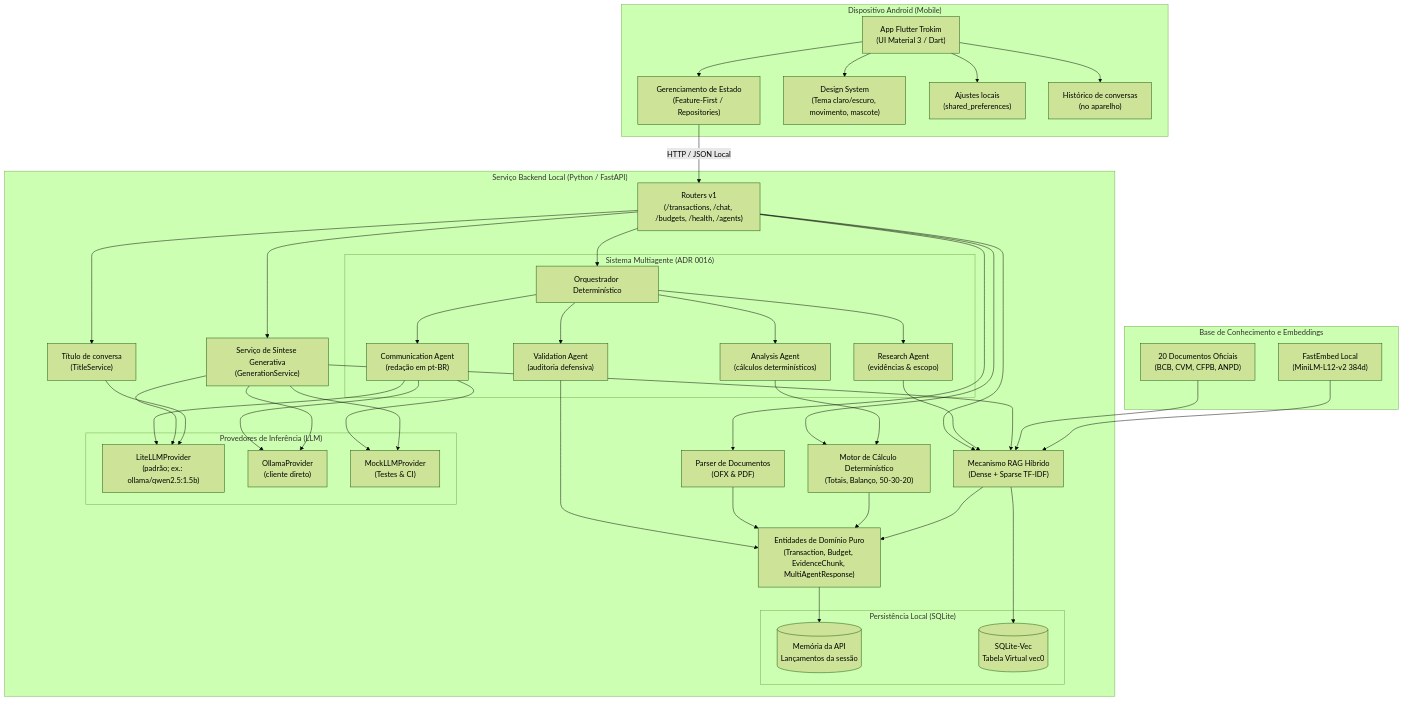
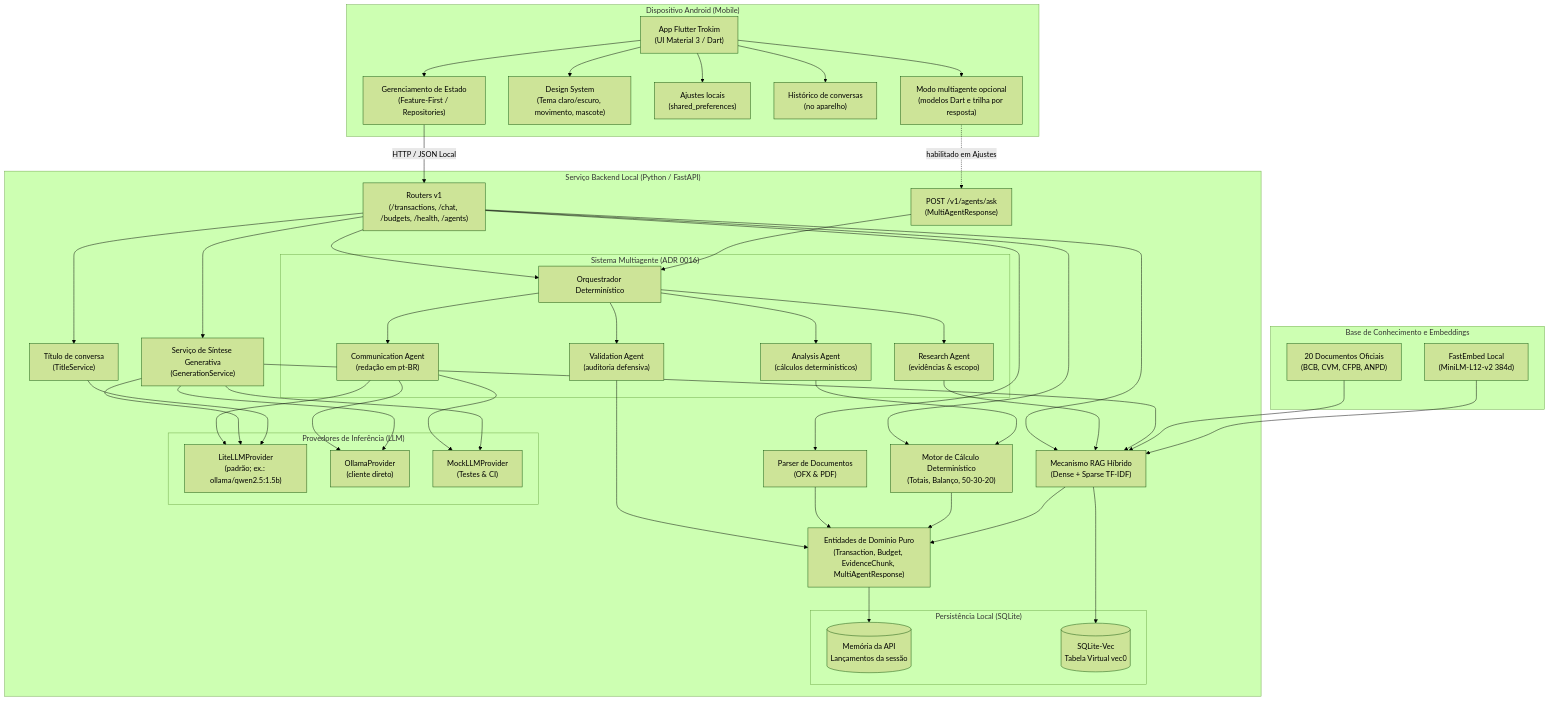
Before and after one commit to moonshinerd/trokim: the first of 6 diagrams in docs/arquitetura/mapa-do-sistema.md, drawn with Mermaid (forest theme). The commit also changed 18 other files, not shown here.

Commit message:
feat(mobile): adiciona modo multiagente e trilha de auditoria

```diff
--- a/docs/arquitetura/mapa-do-sistema.md
+++ b/docs/arquitetura/mapa-do-sistema.md
@@ -14,14 +14,17 @@
         DesignSystem["Design System<br/>(Tema claro/escuro, movimento, mascote)"]
         Settings["Ajustes locais<br/>(shared_preferences)"]
         History["Histórico de conversas<br/>(no aparelho)"]
+        AgentTrace["Modo multiagente opcional<br/>(modelos Dart e trilha por resposta)"]
         FlutterApp --> StateManagement
         FlutterApp --> DesignSystem
         FlutterApp --> Settings
         FlutterApp --> History
+        FlutterApp --> AgentTrace
     end
 
     subgraph "Serviço Backend Local (Python / FastAPI)"
         APIEntry["Routers v1<br/>(/transactions, /chat, /budgets, /health, /agents)"]
+        AgentAsk["POST /v1/agents/ask<br/>(MultiAgentResponse)"]
         
         Parser["Parser de Documentos<br/>(OFX & PDF)"]
         CalcService["Motor de Cálculo Determinístico<br/>(Totais, Balanço, 50-30-20)"]
@@ -56,6 +59,8 @@
         APIEntry --> GenService
         APIEntry --> TitleSvc
         APIEntry --> Orchestrator
+        AgentTrace -. "habilitado em Ajustes" .-> AgentAsk
+        AgentAsk --> Orchestrator
         
         Orchestrator --> ResearchAgent
         Orchestrator --> AnalysisAgent
```
